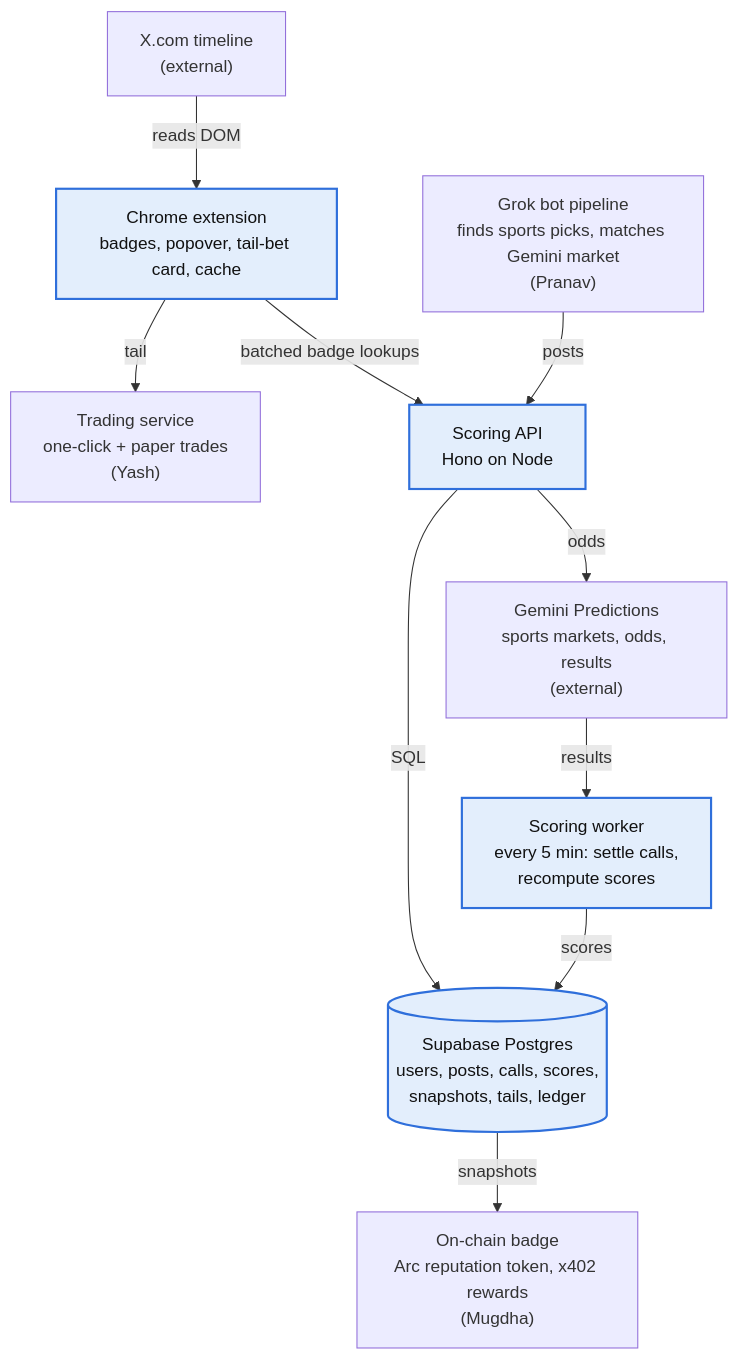
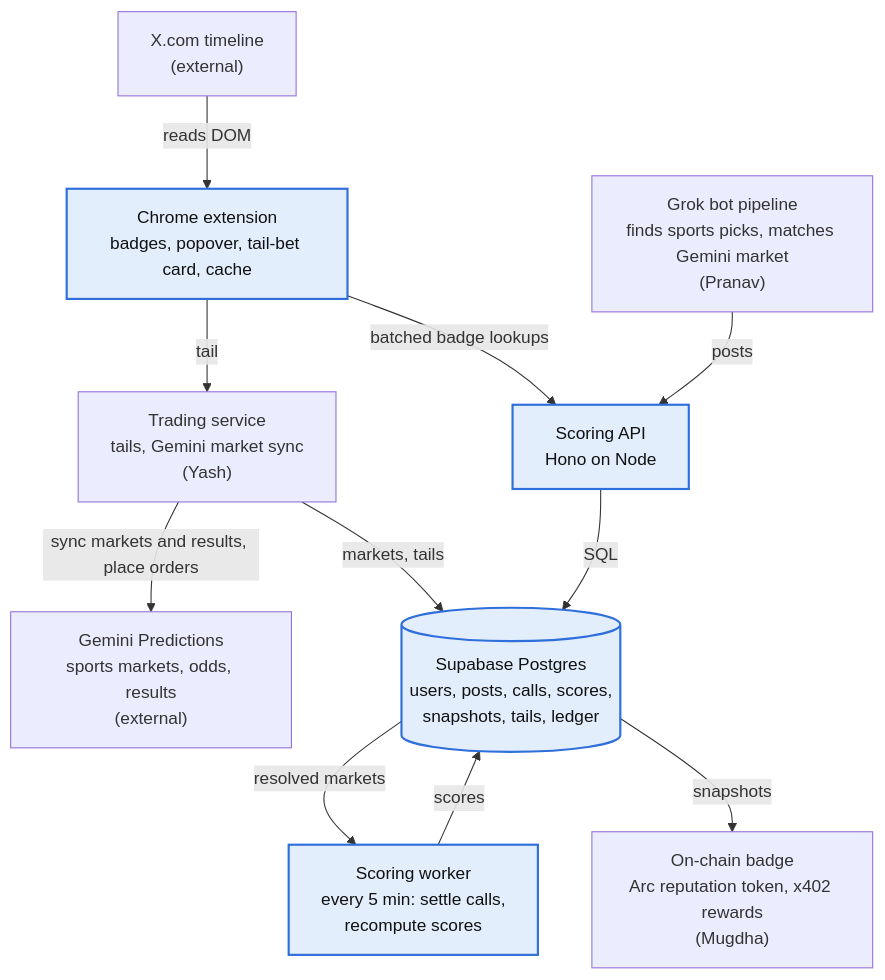
One commit to 0xPranavDoshi/PAYMent changed the first of 2 diagrams in docs/design/scoring-and-extension.md. Above: the diagram before and after it, drawn with Mermaid. The commit also changed other lines of this file, not shown here.

First line of the commit message:
Update design doc for the trading service and market sync

````diff
--- a/docs/design/scoring-and-extension.md
+++ b/docs/design/scoring-and-extension.md
@@ -37,14 +37,15 @@
 ```mermaid
 flowchart TB
   X["X.com timeline<br/>(external)"] -->|reads DOM| EXT["Chrome extension<br/>badges, popover, tail-bet card, cache"]
-  EXT -->|tail| TRADE["Trading service<br/>one-click + paper trades<br/>(Yash)"]
+  EXT -->|tail| TRADE["Trading service<br/>tails, Gemini market sync<br/>(Yash)"]
   EXT -->|batched badge lookups| API["Scoring API<br/>Hono on Node"]
   GROK["Grok bot pipeline<br/>finds sports picks, matches Gemini market<br/>(Pranav)"] -->|posts| API
-  API -->|odds| GEM["Gemini Predictions<br/>sports markets, odds, results<br/>(external)"]
-  API -->|SQL| DB[("Supabase Postgres<br/>users, posts, calls, scores,<br/>snapshots, tails, ledger")]
-  GEM -->|results| WORKER["Scoring worker<br/>every 5 min: settle calls,<br/>recompute scores"]
+  TRADE -->|sync markets and results, place orders| GEM["Gemini Predictions<br/>sports markets, odds, results<br/>(external)"]
+  TRADE -->|markets, tails| DB[("Supabase Postgres<br/>users, posts, calls, scores,<br/>snapshots, tails, ledger")]
+  API -->|SQL| DB
+  DB -->|resolved markets| WORKER["Scoring worker<br/>every 5 min: settle calls,<br/>recompute scores"]
   WORKER -->|scores| DB
   DB -->|snapshots| CHAIN["On-chain badge<br/>Arc reputation token, x402 rewards<br/>(Mugdha)"]
   classDef mine fill:#e3eefc,stroke:#2f6fdb,stroke-width:2px,color:#111;
   class EXT,API,DB,WORKER mine;
 ```
````
